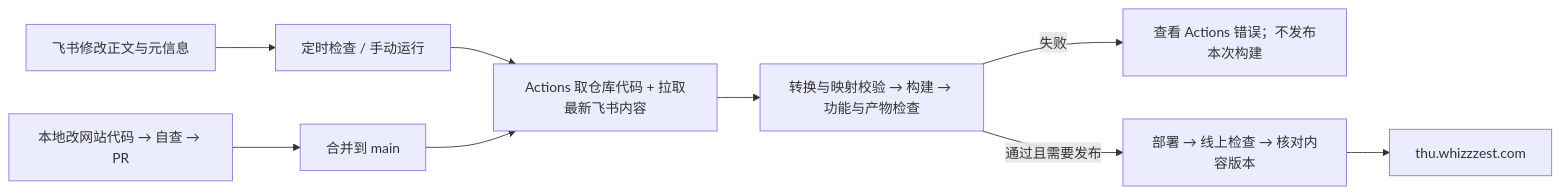
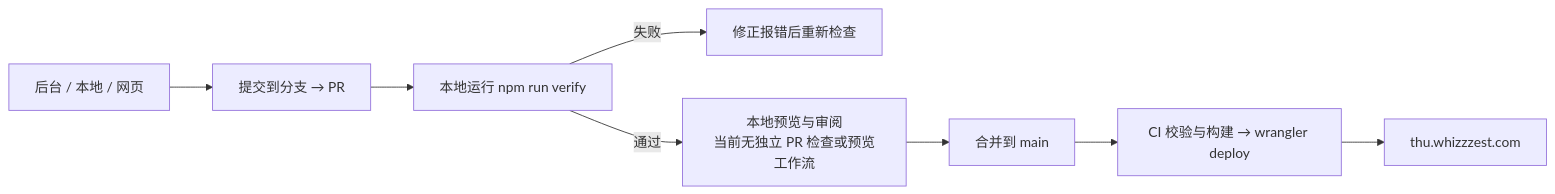
One commit to pan-nie/TsinghuaSurvive changed the first of 2 diagrams in README.md. Above: the diagram before and after it, drawn with Mermaid. The commit also changed other lines of this file and 118 other files, not shown here.

````diff
--- a/README.md
+++ b/README.md
@@ -149,11 +152,10 @@
 ```mermaid
 flowchart LR
-  A["飞书修改正文与元信息"] --> B["定时检查 / 手动运行"]
-  C["本地改网站代码 → 自查 → PR"] --> D["合并到 main"]
-  B --> E["Actions 取仓库代码 + 拉取最新飞书内容"]
-  D --> E
-  E --> F["转换与映射校验 → 构建 → 功能与产物检查"]
-  F -- "失败" --> G["查看 Actions 错误；不发布本次构建"]
-  F -- "通过且需要发布" --> H["部署 → 线上检查 → 核对内容版本"]
-  H --> I["thu.whizzzest.com"]
+  A["后台 / 本地 / 网页"] --> B["提交到分支 → PR"]
+  B --> C["本地运行 npm run verify"]
+  C -- "失败" --> D["修正报错后重新检查"]
+  C -- "通过" --> E["本地预览与审阅<br/>当前无独立 PR 检查或预览工作流"]
+  E --> F["合并到 main"]
+  F --> G["CI 校验与构建 → wrangler deploy"]
+  G --> H["thu.whizzzest.com"]
 ```
````
